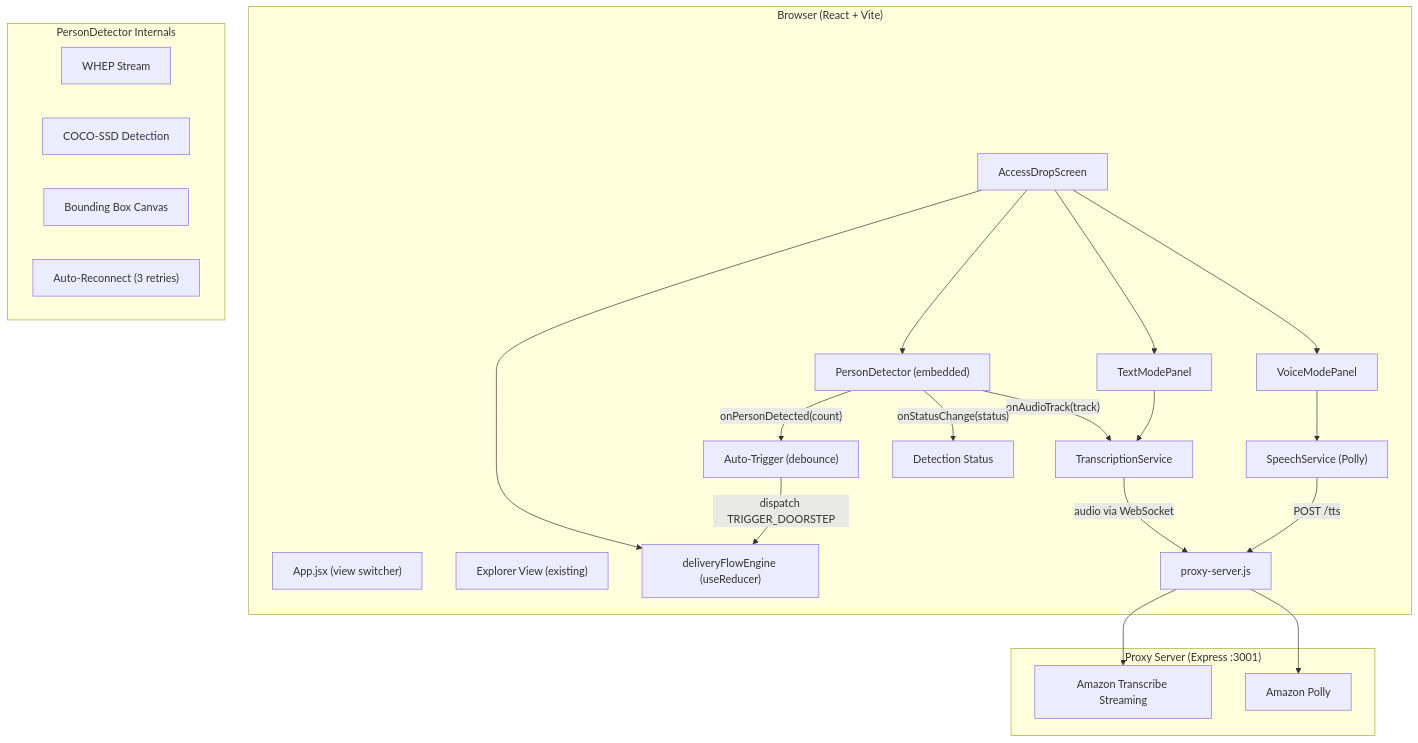
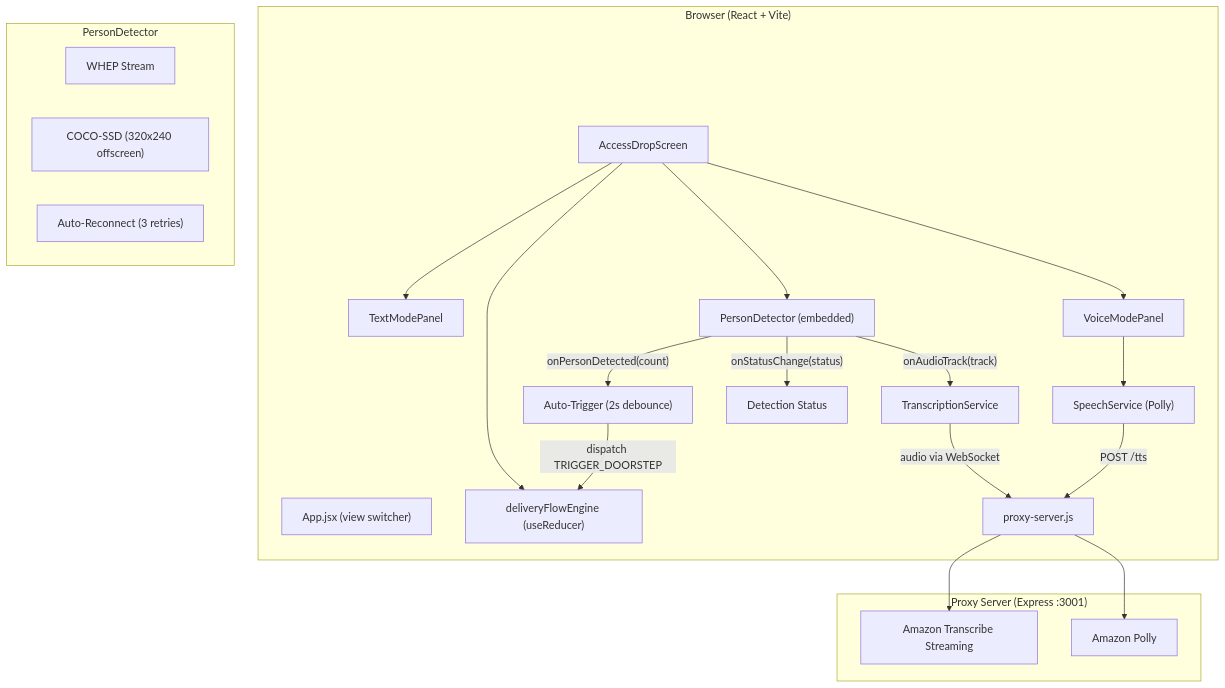
One commit to anishamalde/ring-demo-accessdropai changed the diagram in .kiro/specs/accessdrop-ai/design.md. Above: the diagram before and after it, drawn with Mermaid. The commit also changed other lines of this file and 3 other files, not shown here.

````diff
--- a/.kiro/specs/accessdrop-ai/design.md
+++ b/.kiro/specs/accessdrop-ai/design.md
@@ -11,37 +11,33 @@
 ```mermaid
 graph TB
     subgraph Browser["Browser (React + Vite)"]
         App["App.jsx (view switcher)"]
-        Explorer["Explorer View (existing)"]
         AD["AccessDropScreen"]
 
         AD --> TM["TextModePanel"]
         AD --> VM["VoiceModePanel"]
         AD --> DF["deliveryFlowEngine (useReducer)"]
         AD --> PD["PersonDetector (embedded)"]
 
-        PD -->|"onPersonDetected(count)"| AutoTrigger["Auto-Trigger (debounce)"]
+        PD -->|"onPersonDetected(count)"| AutoTrigger["Auto-Trigger (2s debounce)"]
         PD -->|"onAudioTrack(track)"| TS["TranscriptionService"]
         PD -->|"onStatusChange(status)"| StatusIndicator["Detection Status"]
         AutoTrigger -->|"dispatch TRIGGER_DOORSTEP"| DF
 
-        TM --> TS
+        TS -->|"audio via WebSocket"| Proxy
         VM --> SS["SpeechService (Polly)"]
-
-        TS -->|"audio via WebSocket"| Proxy
         SS -->|"POST /tts"| Proxy
     end
 
-    subgraph PD_Internal["PersonDetector Internals"]
+    subgraph PD_Internal["PersonDetector"]
         WHEP["WHEP Stream"]
-        COCO["COCO-SSD Detection"]
-        Canvas["Bounding Box Canvas"]
+        COCO["COCO-SSD (320x240 offscreen)"]
         Reconnect["Auto-Reconnect (3 retries)"]
     end
 
     subgraph Server["Proxy Server (Express :3001)"]
         Proxy["proxy-server.js"]
         Proxy --> Transcribe["Amazon Transcribe Streaming"]
         Proxy --> Polly["Amazon Polly"]
     end
 ```
````
